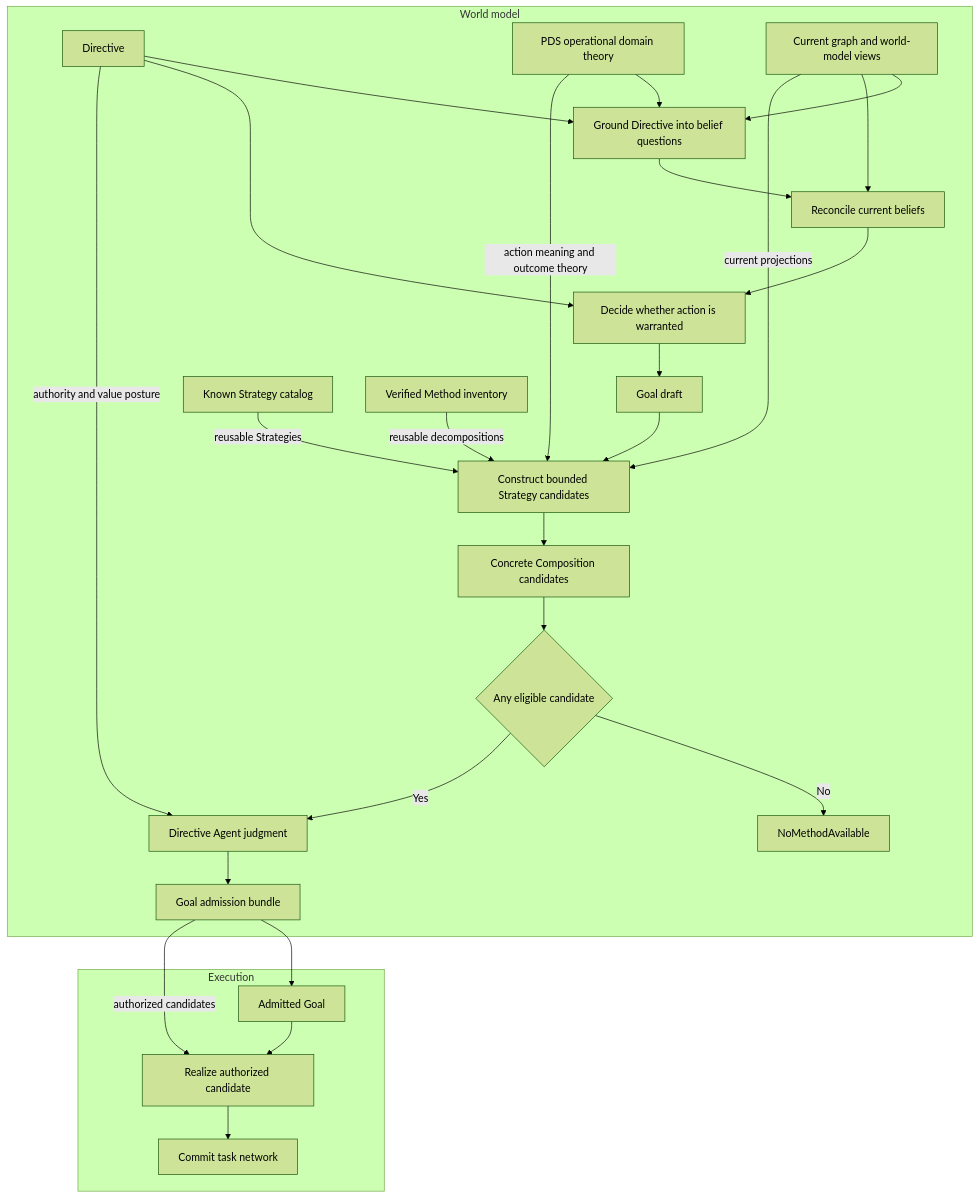
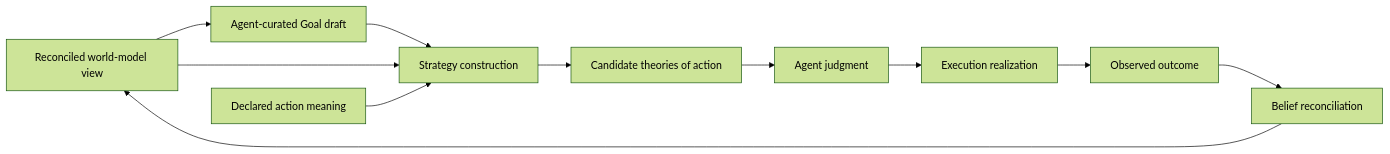
One commit to JerkyTreats/meld changed the diagram in design/cognitive_architecture/world_model/strategy/README.md. Above: the diagram before and after it, drawn with Mermaid (forest theme). The commit also changed other lines of this file and 28 other files, not shown here.

First line of the commit message:
design(strategy): bound architecture to minimal authorization path

````diff
--- a/design/cognitive_architecture/world_model/strategy/README.md
+++ b/design/cognitive_architecture/world_model/strategy/README.md
@@ -24,55 +30,23 @@
 ```mermaid
-flowchart TD
-    subgraph WM[World model]
-        D[Directive]
-        PDS[PDS operational domain theory]
-        STATE[Current graph and world-model views]
+flowchart LR
+    BELIEF[Reconciled world-model view]
+    DRAFT[Agent-curated Goal draft]
+    THEORY[Declared action meaning]
+    STRATEGY[Strategy construction]
+    CANDIDATES[Candidate theories of action]
+    JUDGMENT[Agent judgment]
+    EXECUTION[Execution realization]
+    OUTCOME[Observed outcome]
+    RECONCILE[Belief reconciliation]
 
-        GROUND[Ground Directive into belief questions]
-        BELIEFS[Reconcile current beliefs]
-        CURATE[Decide whether action is warranted]
-        DRAFT[Goal draft]
-
-        KNOWN[Known Strategy catalog]
-        METHODS[Verified Method inventory]
-        BUILD[Construct bounded Strategy candidates]
-        CANDIDATES[Concrete Composition candidates]
-        AVAILABLE{Any eligible candidate}
-        ERROR[NoMethodAvailable]
-        JUDGE[Directive Agent judgment]
-        ADMISSION[Goal admission bundle]
-    end
-
-    subgraph EX[Execution]
-        GOAL[Admitted Goal]
-        PLAN[Realize authorized candidate]
-        NETWORK[Commit task network]
-    end
-
-    D --> GROUND
-    PDS --> GROUND
-    STATE --> GROUND
-    GROUND --> BELIEFS
-    STATE --> BELIEFS
-    BELIEFS --> CURATE
-    D --> CURATE
-    CURATE --> DRAFT
-
-    DRAFT --> BUILD
-    PDS -->|action meaning and outcome theory| BUILD
-    STATE -->|current projections| BUILD
-    KNOWN -->|reusable Strategies| BUILD
-    METHODS -->|reusable decompositions| BUILD
-
-    BUILD --> CANDIDATES
-    CANDIDATES --> AVAILABLE
-    AVAILABLE -->|No| ERROR
-    AVAILABLE -->|Yes| JUDGE
-    D -->|authority and value posture| JUDGE
-    JUDGE --> ADMISSION
-
-    ADMISSION --> GOAL
-    GOAL --> PLAN
-    ADMISSION -->|authorized candidates| PLAN
-    PLAN --> NETWORK
+    BELIEF --> DRAFT
+    DRAFT --> STRATEGY
+    BELIEF --> STRATEGY
+    THEORY --> STRATEGY
+    STRATEGY --> CANDIDATES
+    CANDIDATES --> JUDGMENT
+    JUDGMENT --> EXECUTION
+    EXECUTION --> OUTCOME
+    OUTCOME --> RECONCILE
+    RECONCILE --> BELIEF
 ```
````
